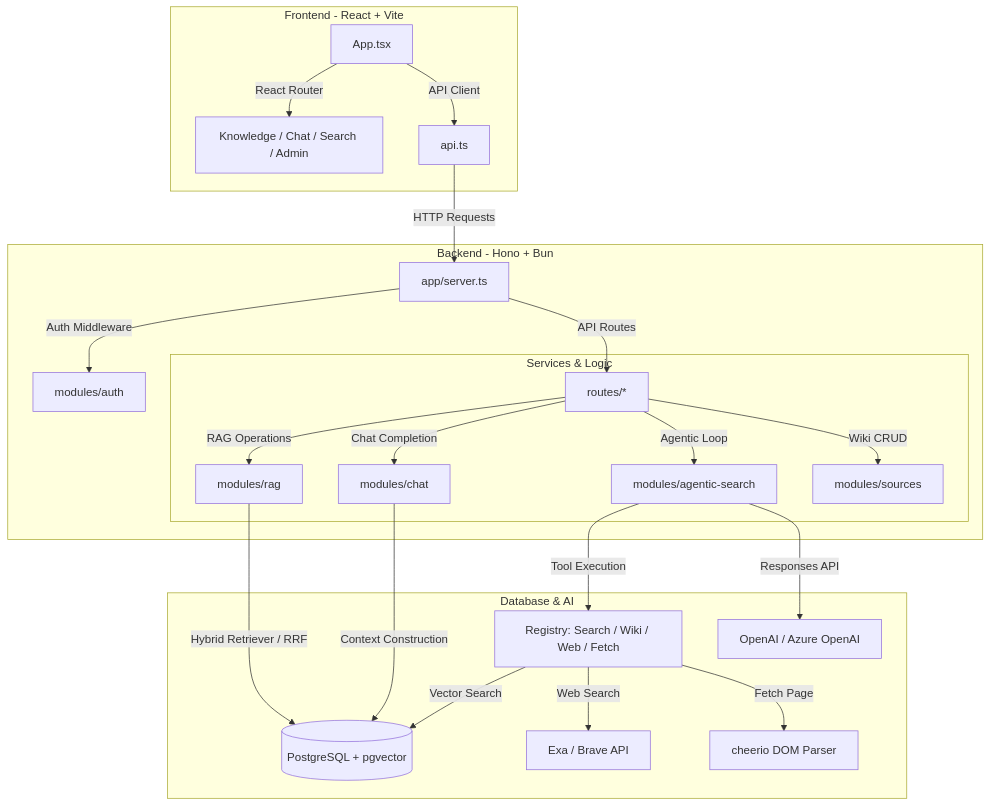
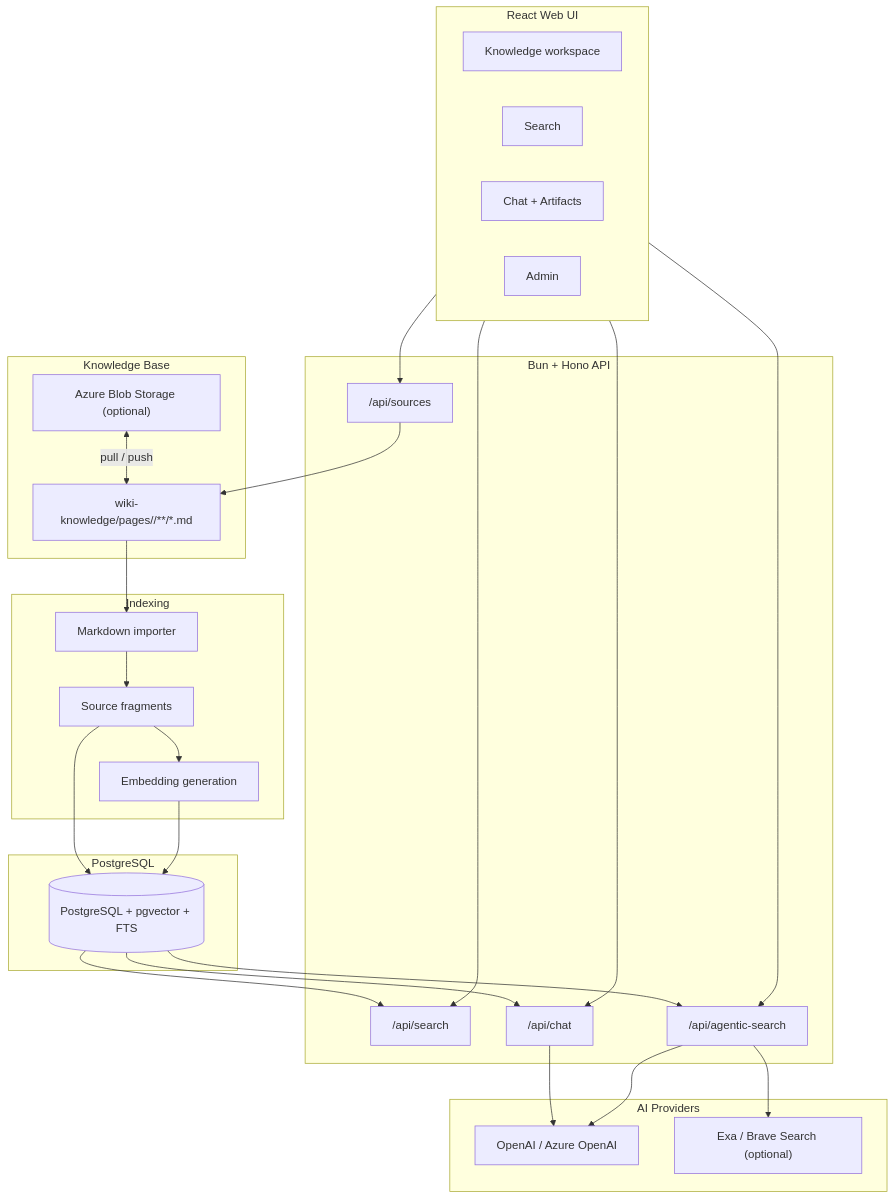
One commit to ugnoguchigxp/regular-rag changed the diagram in README.md. Above: the diagram before and after it, drawn with Mermaid. The commit also changed other lines of this file, not shown here.

Commit message:
Refocus README on RAG system

````diff
--- a/README.md
+++ b/README.md
@@ -92,30 +72,54 @@
 ```mermaid
 graph TD
-    subgraph Frontend["Frontend - React + Vite"]
-        UI[App.tsx] -->|React Router| Tabs[Knowledge / Chat / Search / Admin]
-        UI -->|API Client| APITS[api.ts]
+    subgraph Knowledge["Knowledge Base"]
+        MD["wiki-knowledge/pages/<category>/**/*.md"]
+        Blob["Azure Blob Storage (optional)"]
+        Blob <-->|pull / push| MD
     end
 
-    subgraph Backend["Backend - Hono + Bun"]
-        APITS -->|HTTP Requests| Hono[app/server.ts]
-        Hono -->|Auth Middleware| Auth[modules/auth]
-        Hono -->|API Routes| Routes[routes/*]
-
-        subgraph Logic["Services & Logic"]
-            Routes -->|RAG Operations| Rag[modules/rag]
-            Routes -->|Chat Completion| Chat[modules/chat]
-            Routes -->|Agentic Loop| Agent[modules/agentic-search]
-            Routes -->|Wiki CRUD| Sources[modules/sources]
-        end
+    subgraph Indexing["Indexing"]
+        Import["Markdown importer"]
+        Fragments["Source fragments"]
+        Embeddings["Embedding generation"]
+        MD --> Import
+        Import --> Fragments
+        Fragments --> Embeddings
     end
 
-    subgraph DataLayer["Database & AI"]
-        Rag -->|Hybrid Retriever / RRF| DB[(PostgreSQL + pgvector)]
-        Chat -->|Context Construction| DB
-        Agent -->|Tool Execution| Tools[Registry: Search / Wiki / Web / Fetch]
-        Tools -->|Vector Search| DB
-        Tools -->|Web Search| Exa[Exa / Brave API]
-        Tools -->|Fetch Page| Cheerio[cheerio DOM Parser]
-        Agent -->|Responses API| LLM[OpenAI / Azure OpenAI]
+    subgraph Data["PostgreSQL"]
+        DB[(PostgreSQL + pgvector + FTS)]
+        Fragments --> DB
+        Embeddings --> DB
     end
+
+    subgraph App["Bun + Hono API"]
+        Sources["/api/sources"]
+        Search["/api/search"]
+        Chat["/api/chat"]
+        Agentic["/api/agentic-search"]
+    end
+
+    subgraph UI["React Web UI"]
+        KnowledgeUI["Knowledge workspace"]
+        SearchUI["Search"]
+        ChatUI["Chat + Artifacts"]
+        AdminUI["Admin"]
+    end
+
+    subgraph AI["AI Providers"]
+        LLM["OpenAI / Azure OpenAI"]
+        Web["Exa / Brave Search (optional)"]
+    end
+
+    DB --> Search
+    DB --> Chat
+    DB --> Agentic
+    Sources --> MD
+    UI --> Sources
+    UI --> Search
+    UI --> Chat
+    UI --> Agentic
+    Chat --> LLM
+    Agentic --> LLM
+    Agentic --> Web
 ```
````
